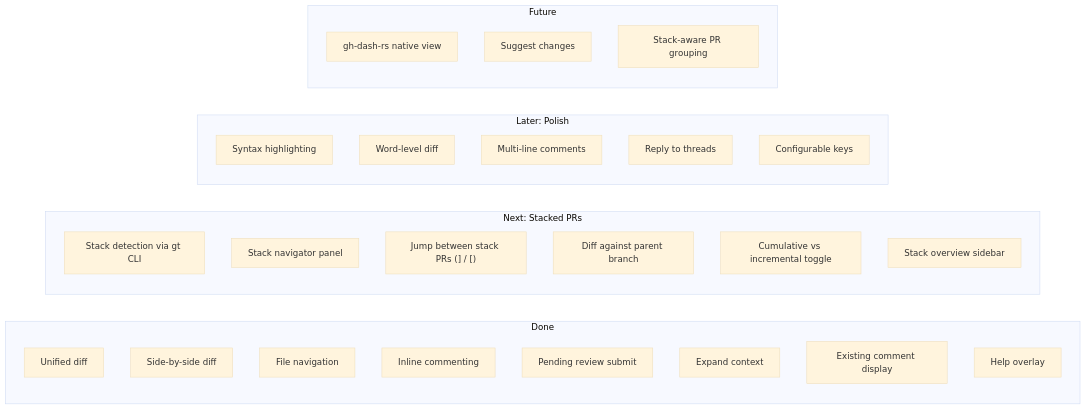
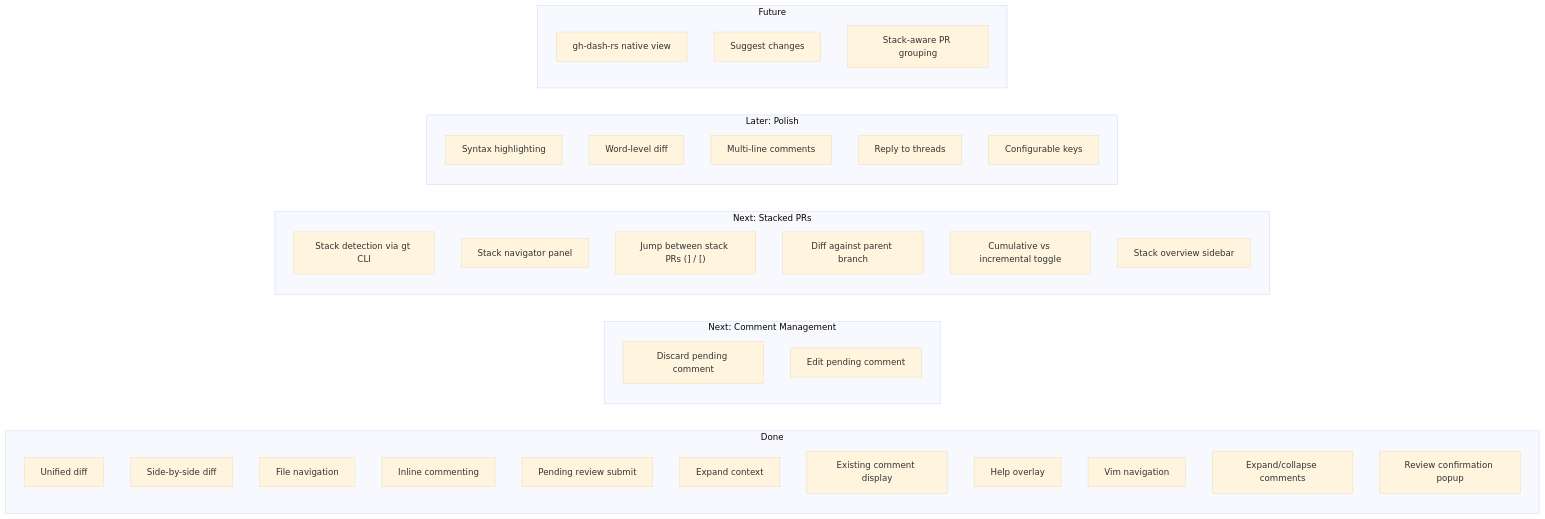
The eighth of 8 diagrams in docs/ROADMAP.md (Neville-Loh/gh-review), drawn with Mermaid (base theme) before and after one commit. The commit also changed other lines of this file, not shown here.

Commit message:
Add to roadmap plan

````diff
--- a/docs/ROADMAP.md
+++ b/docs/ROADMAP.md
@@ -148,36 +167,44 @@
 ```mermaid
 graph LR
     subgraph done [Done]
         F1[Unified diff]
         F2[Side-by-side diff]
         F3[File navigation]
         F4[Inline commenting]
         F5[Pending review submit]
         F6[Expand context]
         F7[Existing comment display]
         F8[Help overlay]
+        Fv[Vim navigation]
+        Fec[Expand/collapse comments]
+        Frc[Review confirmation popup]
+    end
+
+    subgraph next25 [Next: Comment Management]
+        Fd[Discard pending comment]
+        Fe[Edit pending comment]
     end
 
     subgraph next [Next: Stacked PRs]
         F9[Stack detection via gt CLI]
         F10[Stack navigator panel]
         F11["Jump between stack PRs (] / [)"]
         F12[Diff against parent branch]
         F13[Cumulative vs incremental toggle]
         F14[Stack overview sidebar]
     end
 
     subgraph later [Later: Polish]
         F15[Syntax highlighting]
         F16[Word-level diff]
         F17[Multi-line comments]
         F18[Reply to threads]
         F19[Configurable keys]
     end
 
     subgraph future [Future]
         F20[gh-dash-rs native view]
         F21[Suggest changes]
         F22[Stack-aware PR grouping]
     end
 ```
````
